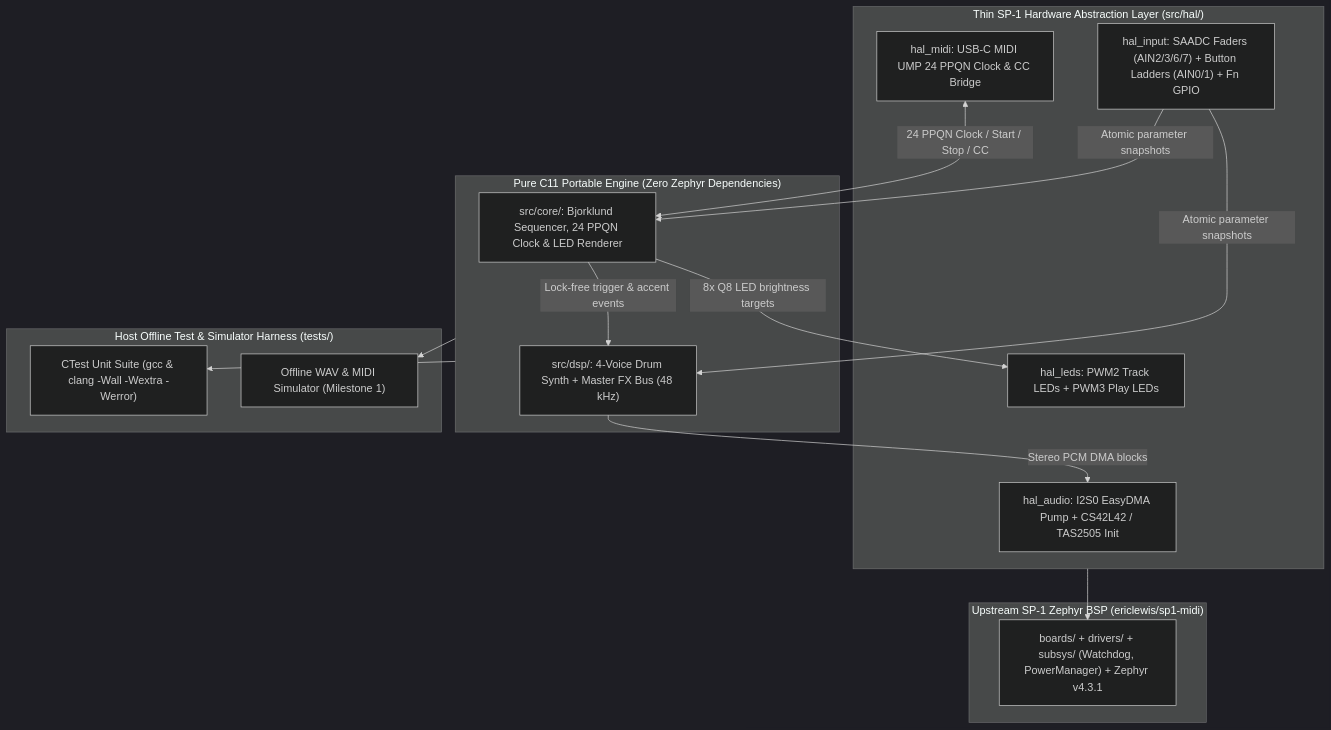
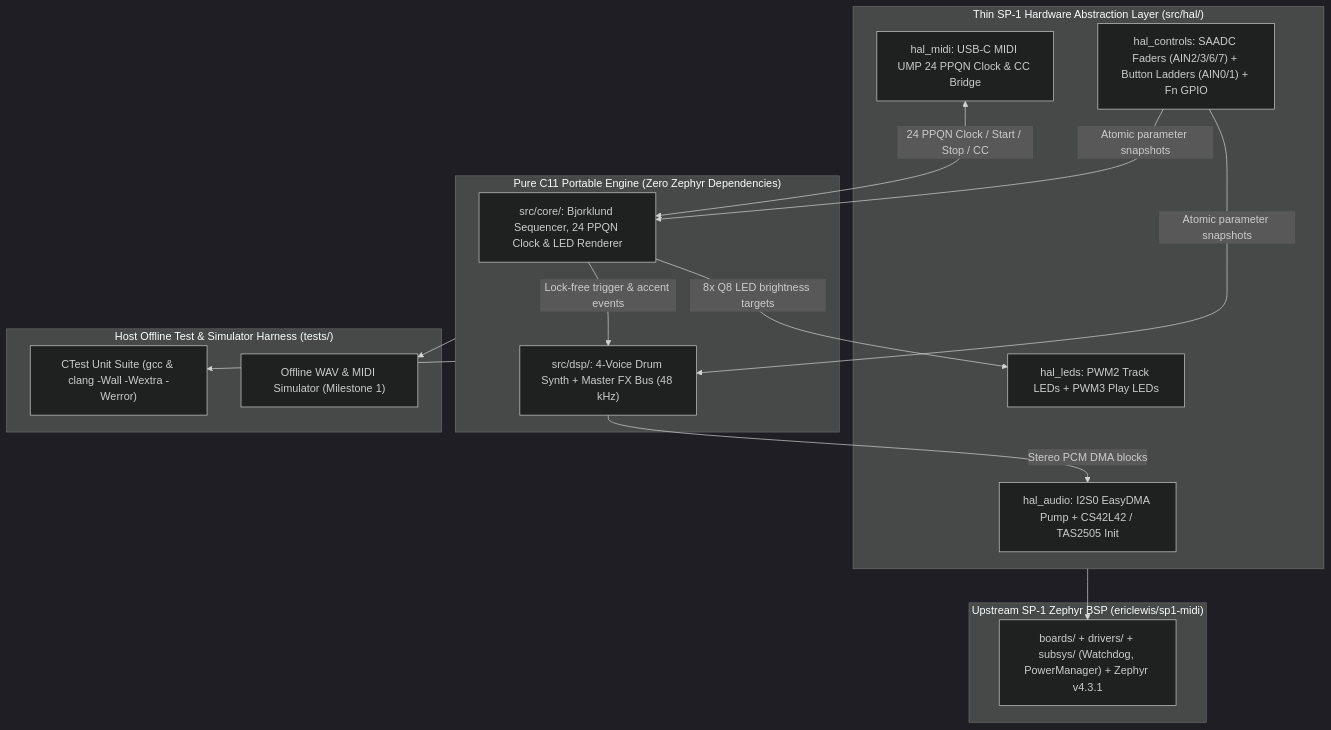
One commit to davidlwarner/sp1-drum changed the first of 2 diagrams in docs/ARCHITECTURE.md. Above: the diagram before and after it, drawn with Mermaid (dark theme). The commit also changed 4 other files, not shown here.

````diff
--- a/docs/ARCHITECTURE.md
+++ b/docs/ARCHITECTURE.md
@@ -18,33 +18,33 @@
 ```mermaid
 flowchart TD
     subgraph Core["Pure C11 Portable Engine (Zero Zephyr Dependencies)"]
         SEQ["src/core/: Bjorklund Sequencer, 24 PPQN Clock & LED Renderer"]
         DSP["src/dsp/: 4-Voice Drum Synth + Master FX Bus (48 kHz)"]
         SEQ -->|"Lock-free trigger & accent events"| DSP
     end
 
     subgraph HAL["Thin SP-1 Hardware Abstraction Layer (src/hal/)"]
         AUDIO["hal_audio: I2S0 EasyDMA Pump + CS42L42 / TAS2505 Init"]
-        INPUT["hal_input: SAADC Faders (AIN2/3/6/7) + Button Ladders (AIN0/1) + Fn GPIO"]
+        INPUT["hal_controls: SAADC Faders (AIN2/3/6/7) + Button Ladders (AIN0/1) + Fn GPIO"]
         LEDS["hal_leds: PWM2 Track LEDs + PWM3 Play LEDs"]
         MIDI["hal_midi: USB-C MIDI UMP 24 PPQN Clock & CC Bridge"]
     end
 
     subgraph Host["Host Offline Test & Simulator Harness (tests/)"]
         CTEST["CTest Unit Suite (gcc & clang -Wall -Wextra -Werror)"]
         SIM["Offline WAV & MIDI Simulator (Milestone 1)"]
     end
 
     subgraph BSP["Upstream SP-1 Zephyr BSP (ericlewis/sp1-midi)"]
         ZEPHYR["boards/ + drivers/ + subsys/ (Watchdog, PowerManager) + Zephyr v4.3.1"]
     end
 
     DSP -->|"Stereo PCM DMA blocks"| AUDIO
     SEQ -->|"8x Q8 LED brightness targets"| LEDS
     INPUT -->|"Atomic parameter snapshots"| SEQ
     INPUT -->|"Atomic parameter snapshots"| DSP
     MIDI <-->|"24 PPQN Clock / Start / Stop / CC"| SEQ
     HAL --> ZEPHYR
     Core --> CTEST
     Core --> SIM
 ```
````
